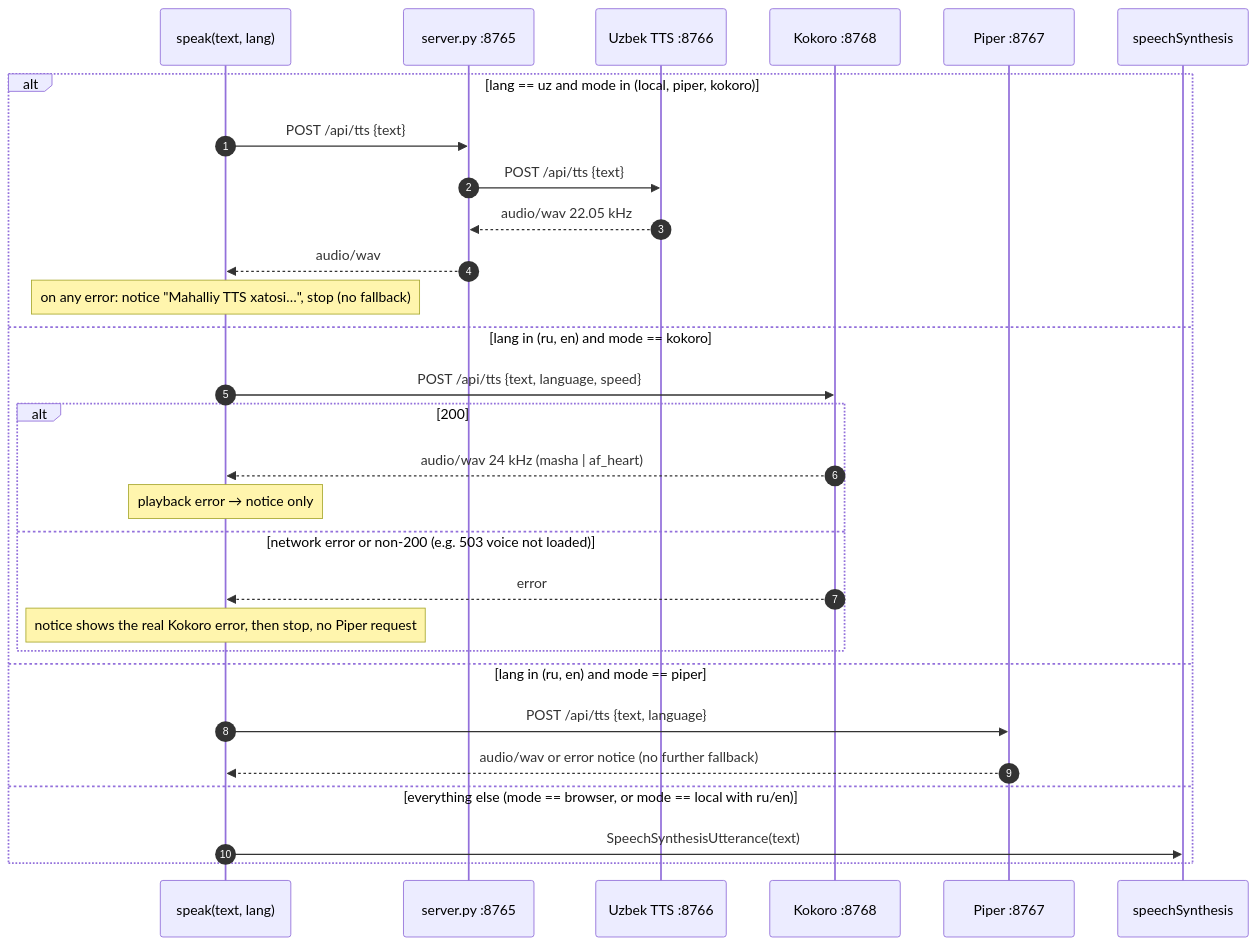
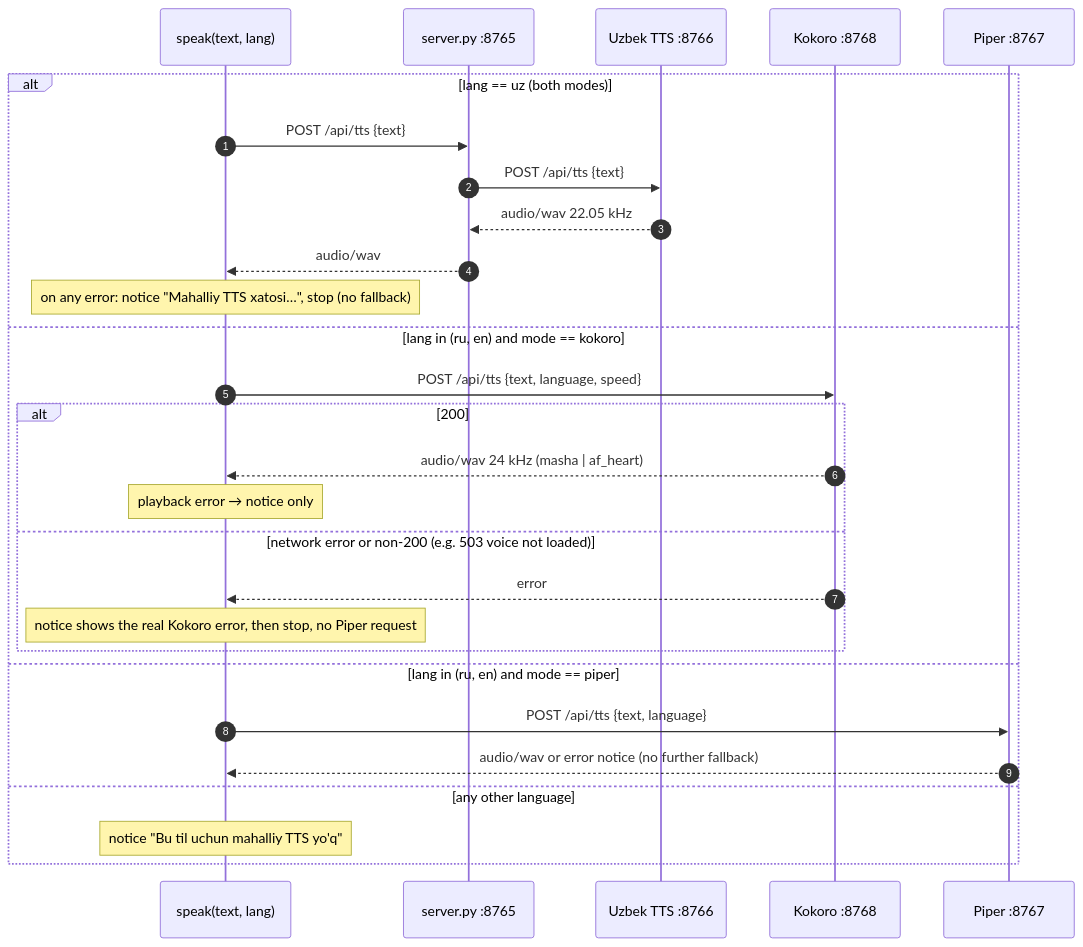
Before and after one commit to FirdavsNurmatov/local-ai-voice-assistant: the third of 4 diagrams in docs/ARCHITECTURE.md, drawn with Mermaid. The commit also changed other lines of this file and 18 other files, not shown here.

````diff
--- a/docs/ARCHITECTURE.md
+++ b/docs/ARCHITECTURE.md
@@ -108,32 +103,31 @@
 ```mermaid
 sequenceDiagram
     autonumber
     participant UI as speak(text, lang)
     participant S as server.py :8765
     participant U as Uzbek TTS :8766
     participant K as Kokoro :8768
     participant P as Piper :8767
-    participant B as speechSynthesis
 
-    alt lang == uz and mode in (local, piper, kokoro)
+    alt lang == uz (both modes)
         UI->>S: POST /api/tts {text}
         S->>U: POST /api/tts {text}
         U-->>S: audio/wav 22.05 kHz
         S-->>UI: audio/wav
         Note over UI: on any error: notice "Mahalliy TTS xatosi…", stop (no fallback)
     else lang in (ru, en) and mode == kokoro
         UI->>K: POST /api/tts {text, language, speed}
         alt 200
             K-->>UI: audio/wav 24 kHz (masha | af_heart)
             Note over UI: playback error → notice only
         else network error or non-200 (e.g. 503 voice not loaded)
             K-->>UI: error
             Note over UI: notice shows the real Kokoro error, then stop, no Piper request
         end
     else lang in (ru, en) and mode == piper
         UI->>P: POST /api/tts {text, language}
         P-->>UI: audio/wav or error notice (no further fallback)
-    else everything else (mode == browser, or mode == local with ru/en)
-        UI->>B: SpeechSynthesisUtterance(text)
+    else any other language
+        Note over UI: notice "Bu til uchun mahalliy TTS yo'q"
     end
 ```
````
